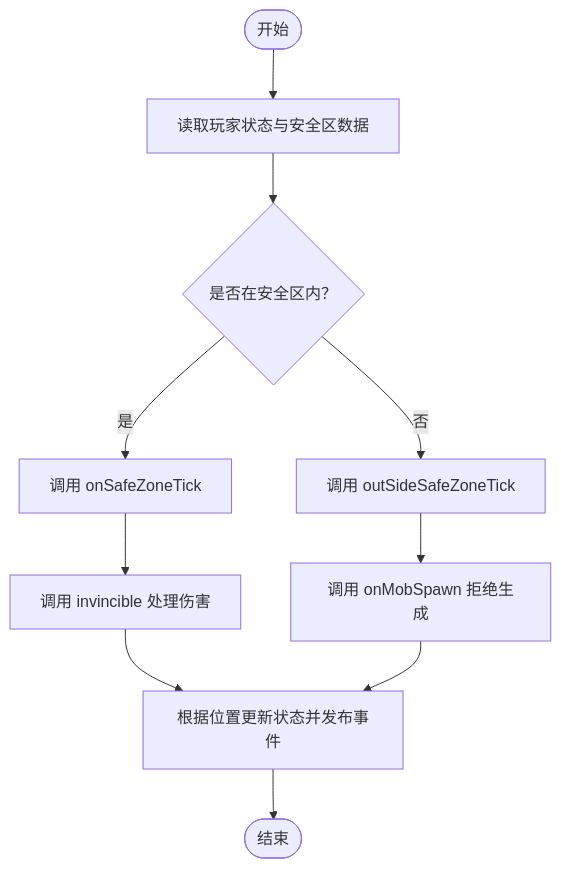
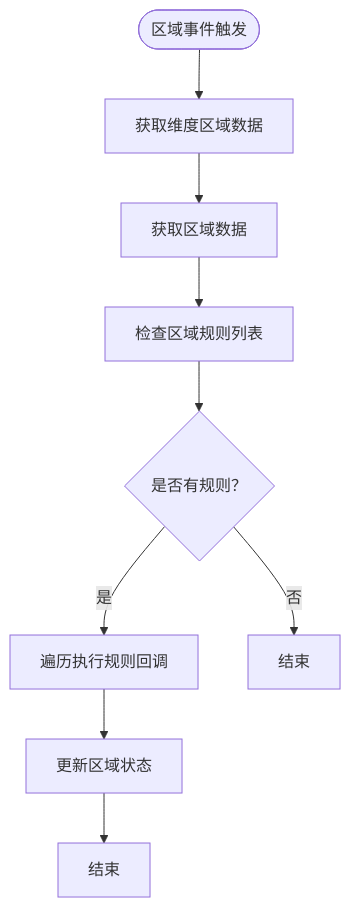
Before and after one commit to Ver-shift/SubModulesGeneHunter: the fourth of 4 diagrams in .qoder/repowiki/zh/content/模块架构/Beyond安全区模块/安全区规则系统.md, drawn with Mermaid. The commit also changed other lines of this file and 42 other files, not shown here.

````diff
--- a/.qoder/repowiki/zh/content/模块架构/Beyond安全区模块/安全区规则系统.md
+++ b/.qoder/repowiki/zh/content/模块架构/Beyond安全区模块/安全区规则系统.md
@@ -416,12 +473,11 @@
 ```mermaid
 flowchart TD
-Start(["开始"]) --> ReadState["读取玩家状态与安全区数据"]
-ReadState --> Decide{"是否在安全区内？"}
-Decide --> |是| TickInside["调用 onSafeZoneTick"]
-Decide --> |否| TickOutside["调用 outSideSafeZoneTick"]
-TickInside --> DamageCheck["调用 invincible 处理伤害"]
-TickOutside --> MobSpawnCheck["调用 onMobSpawn 拒绝生成"]
-DamageCheck --> UpdateState["根据位置更新状态并发布事件"]
-MobSpawnCheck --> UpdateState
-UpdateState --> End(["结束"])
+Start(["区域事件触发"]) --> GetLevel["获取维度区域数据"]
+GetLevel --> GetZone["获取区域数据"]
+GetZone --> CheckRules["检查区域规则列表"]
+CheckRules --> HasRules{"是否有规则？"}
+HasRules --> |是| ExecuteRules["遍历执行规则回调"]
+HasRules --> |否| End1["结束"]
+ExecuteRules --> UpdateState["更新区域状态"]
+UpdateState --> End2["结束"]
 ```
````
